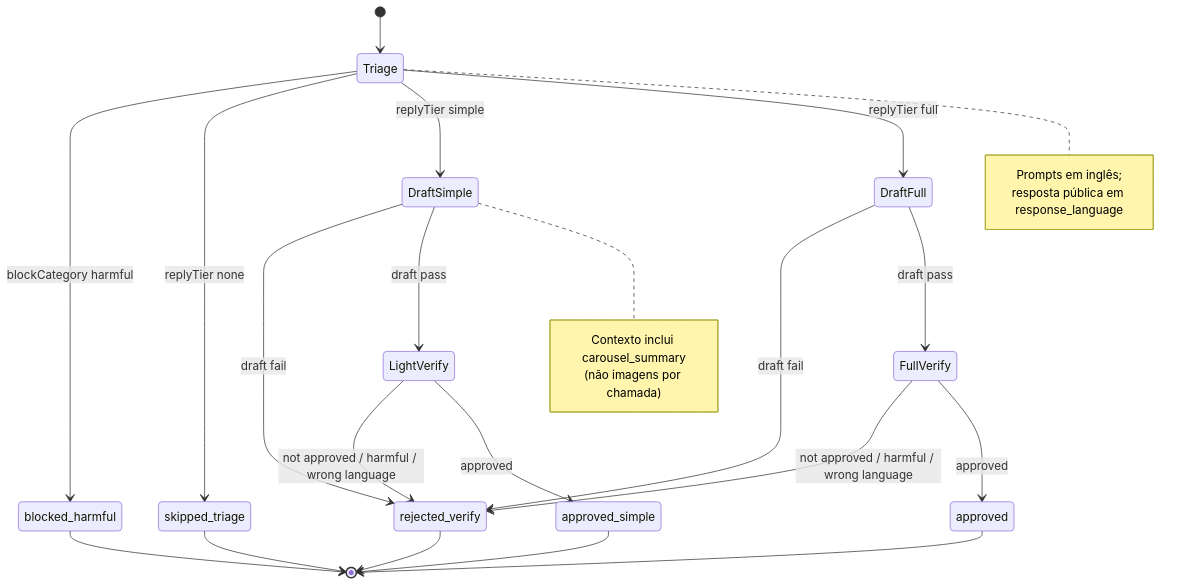
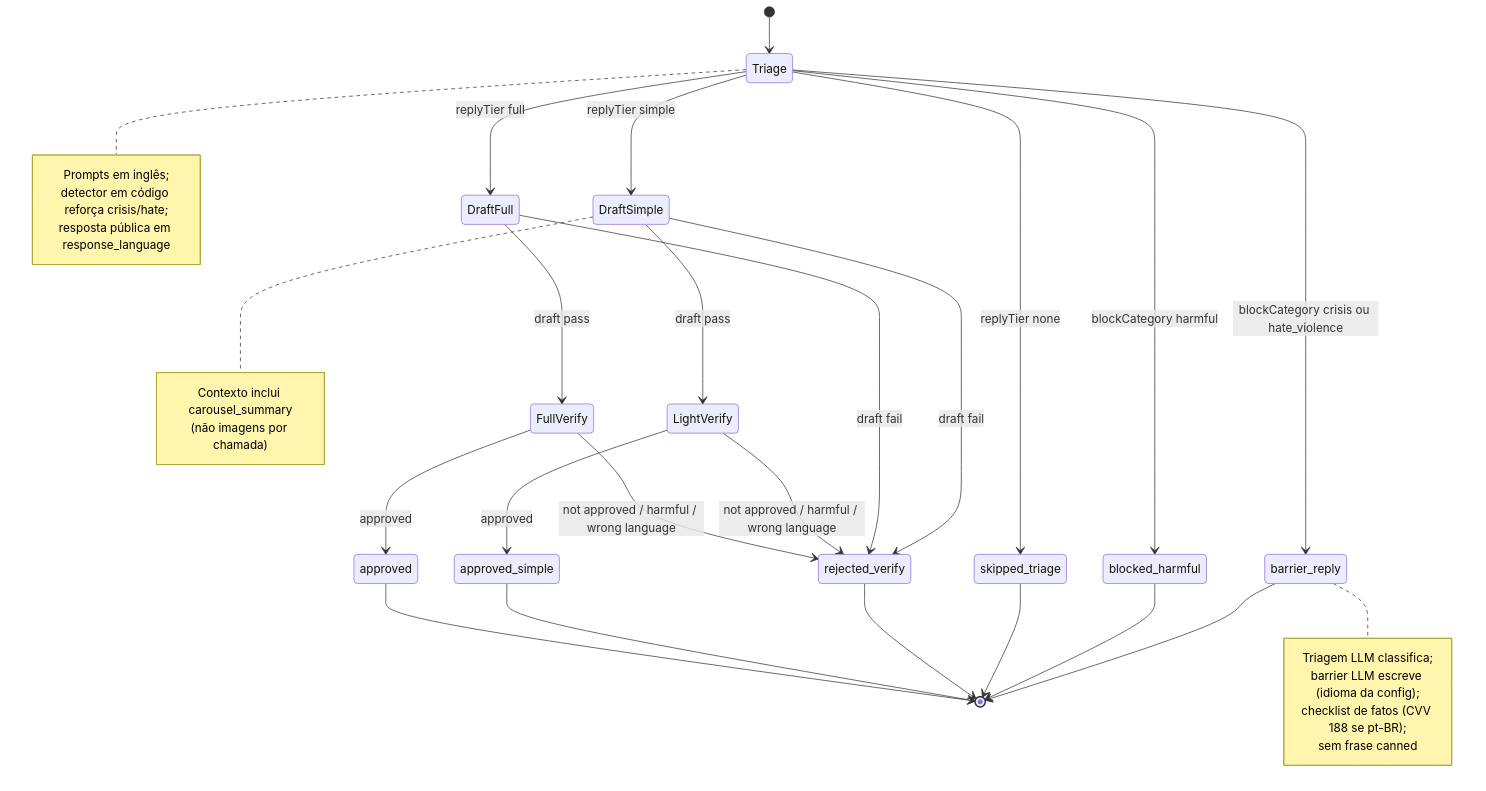
Before and after one commit to colabcolibri/iris: the diagram in docs/architecture/diagrams/iris-reply-agent-harness.md, drawn with Mermaid. The commit also changed other lines of this file and 19 other files, not shown here.

First line of the commit message:
feat(reply): barreiras crisis e hate_violence com LLM (US-0149)

````diff
--- a/docs/architecture/diagrams/iris-reply-agent-harness.md
+++ b/docs/architecture/diagrams/iris-reply-agent-harness.md
@@ -11,37 +11,47 @@
 ```mermaid
 stateDiagram-v2
   [*] --> Triage
 
+  Triage --> barrier_reply: blockCategory crisis ou hate_violence
   Triage --> blocked_harmful: blockCategory harmful
   Triage --> skipped_triage: replyTier none
   Triage --> DraftSimple: replyTier simple
   Triage --> DraftFull: replyTier full
 
   DraftSimple --> rejected_verify: draft fail
   DraftFull --> rejected_verify: draft fail
 
   DraftSimple --> LightVerify: draft pass
   DraftFull --> FullVerify: draft pass
 
   LightVerify --> rejected_verify: not approved / harmful / wrong language
   LightVerify --> approved_simple: approved
 
   FullVerify --> rejected_verify: not approved / harmful / wrong language
   FullVerify --> approved: approved
 
+  barrier_reply --> [*]
   blocked_harmful --> [*]
   skipped_triage --> [*]
   rejected_verify --> [*]
   approved_simple --> [*]
   approved --> [*]
 
   note right of Triage
     Prompts em inglês;
+    detector em código reforça crisis/hate;
     resposta pública em response_language
+  end note
+
+  note right of barrier_reply
+    Triagem LLM classifica;
+    barrier LLM escreve (idioma da config);
+    checklist de fatos (CVV 188 se pt-BR);
+    sem frase canned
   end note
 
   note right of DraftSimple
     Contexto inclui carousel_summary
     (não imagens por chamada)
   end note
 ```
````
